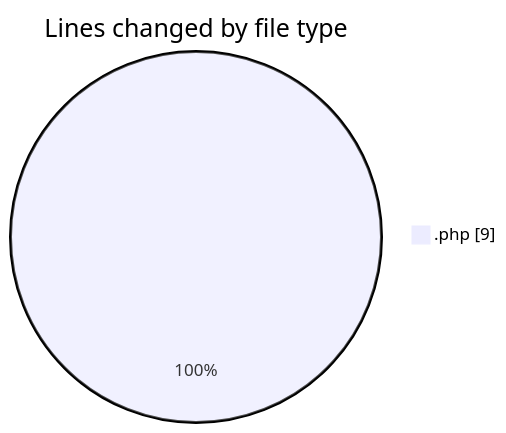
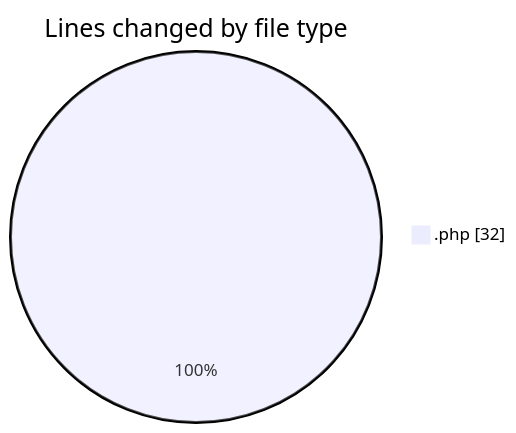
One commit to LanceThiago/code-tracking changed the first of 2 diagrams in 2026-04-24/oficina/README.md. Above: the diagram before and after it, drawn with Mermaid. The commit also changed other lines of this file and 1 other file, not shown here.

````diff
--- a/2026-04-24/oficina/README.md
+++ b/2026-04-24/oficina/README.md
@@ -20,5 +20,5 @@
 ```mermaid
 pie showData
 title Lines changed by file type
-".php" : 9
+".php" : 32
 ```
````
